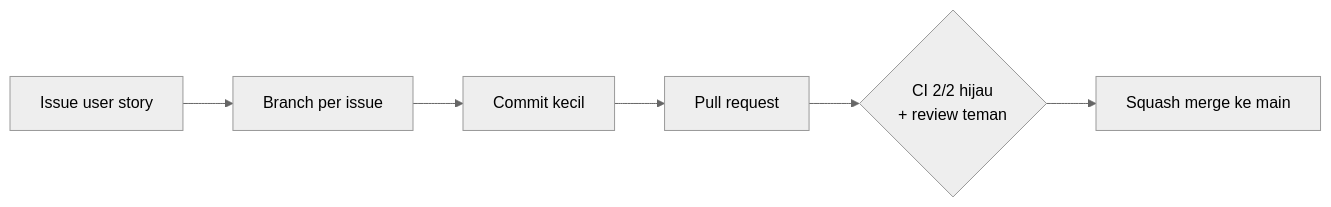
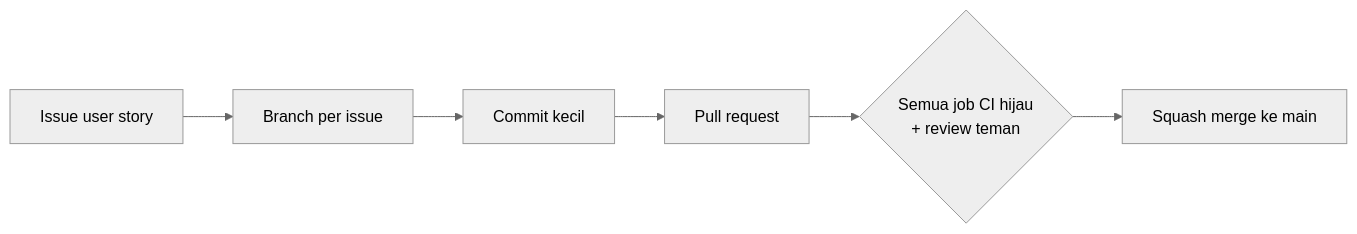
One commit to DevJamHub/Creativo changed the diagram in CONTRIBUTING.md. Above: the diagram before and after it, drawn with Mermaid (neutral theme). The commit also changed other lines of this file and 1 other file, not shown here.

````diff
--- a/CONTRIBUTING.md
+++ b/CONTRIBUTING.md
@@ -5,8 +5,8 @@
 ```mermaid
 flowchart LR
   A[Issue user story] --> B[Branch per issue]
   B --> C[Commit kecil]
   C --> D[Pull request]
-  D --> E{CI 2/2 hijau<br/>+ review teman}
+  D --> E{Semua job CI hijau<br/>+ review teman}
   E --> F[Squash merge ke main]
 ```
````
